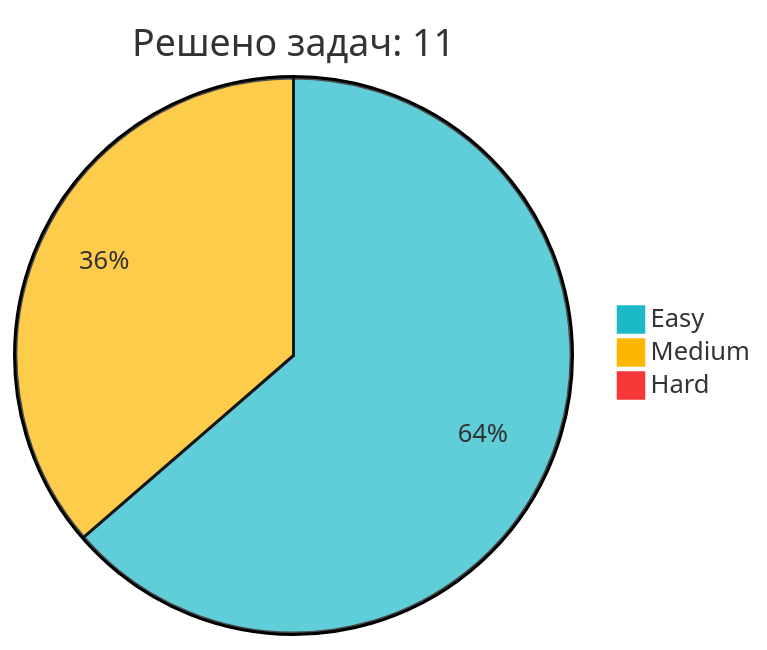
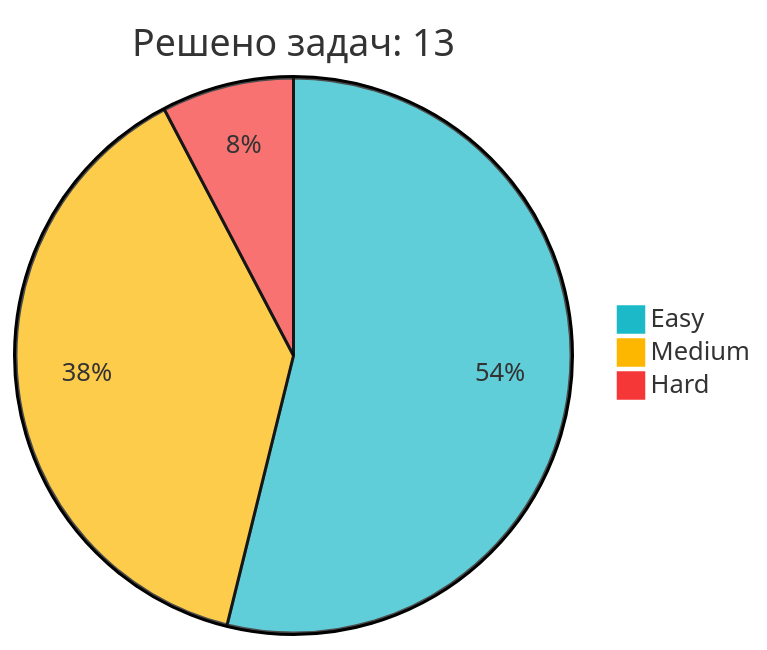
Before and after one commit to IliaKurdukov/IliaKurdukov: the diagram in README.md, drawn with Mermaid. The commit also changed other lines of this file, not shown here.

Commit message:
Auto: Update LeetCode stats

````diff
--- a/README.md
+++ b/README.md
@@ -48,7 +48,7 @@
 ```mermaid
 %%{init: {'theme': 'base', 'themeVariables': { 'pie1': '#1CBAC8', 'pie2': '#FEB700', 'pie3': '#F63737' }, 'config': {'width': 300, 'height': 200}}}%%
-pie title Решено задач: 11
+pie title Решено задач: 13
    "Easy" : 7
-   "Medium" : 4
-   "Hard" : 0
+   "Medium" : 5
+   "Hard" : 1
 ```
````
